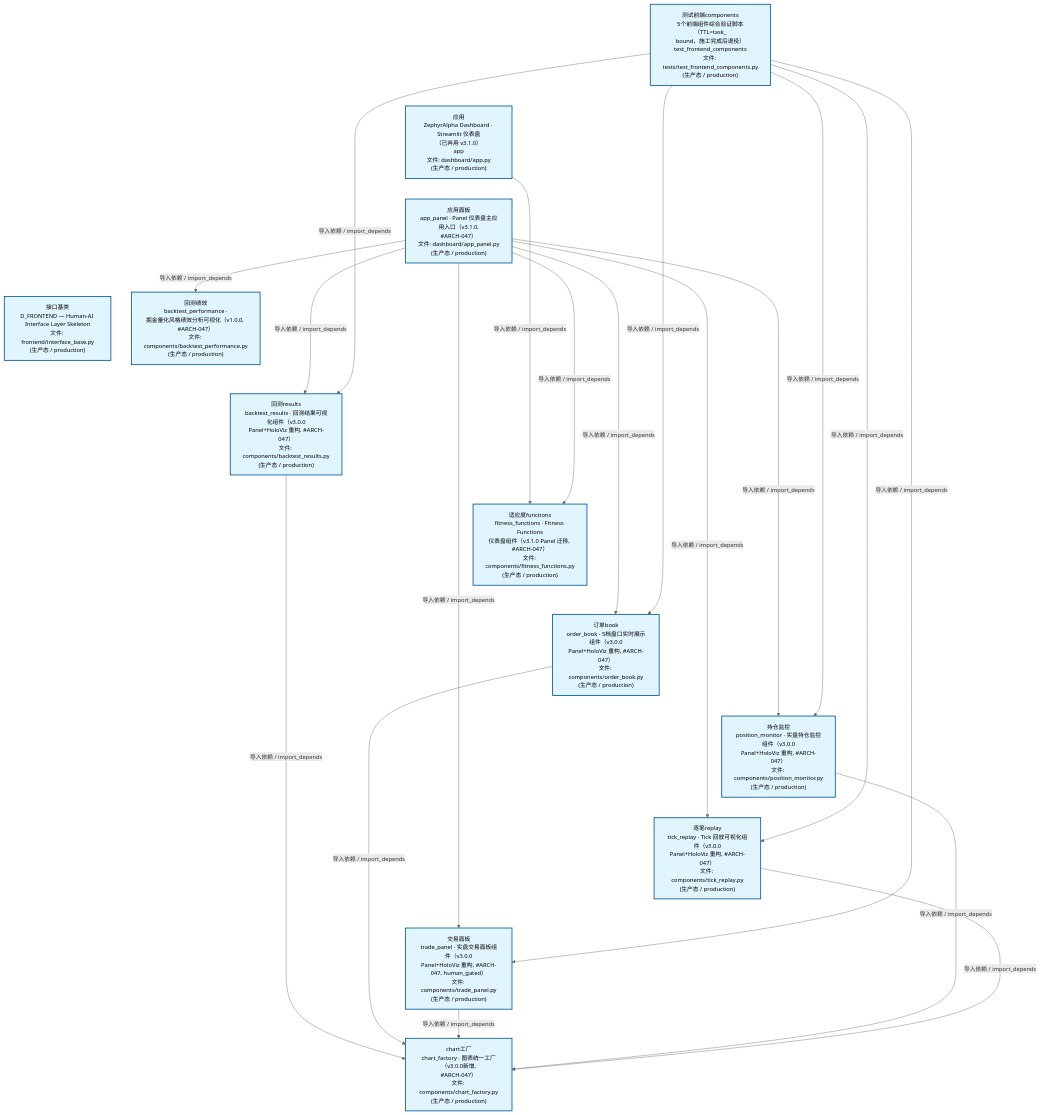
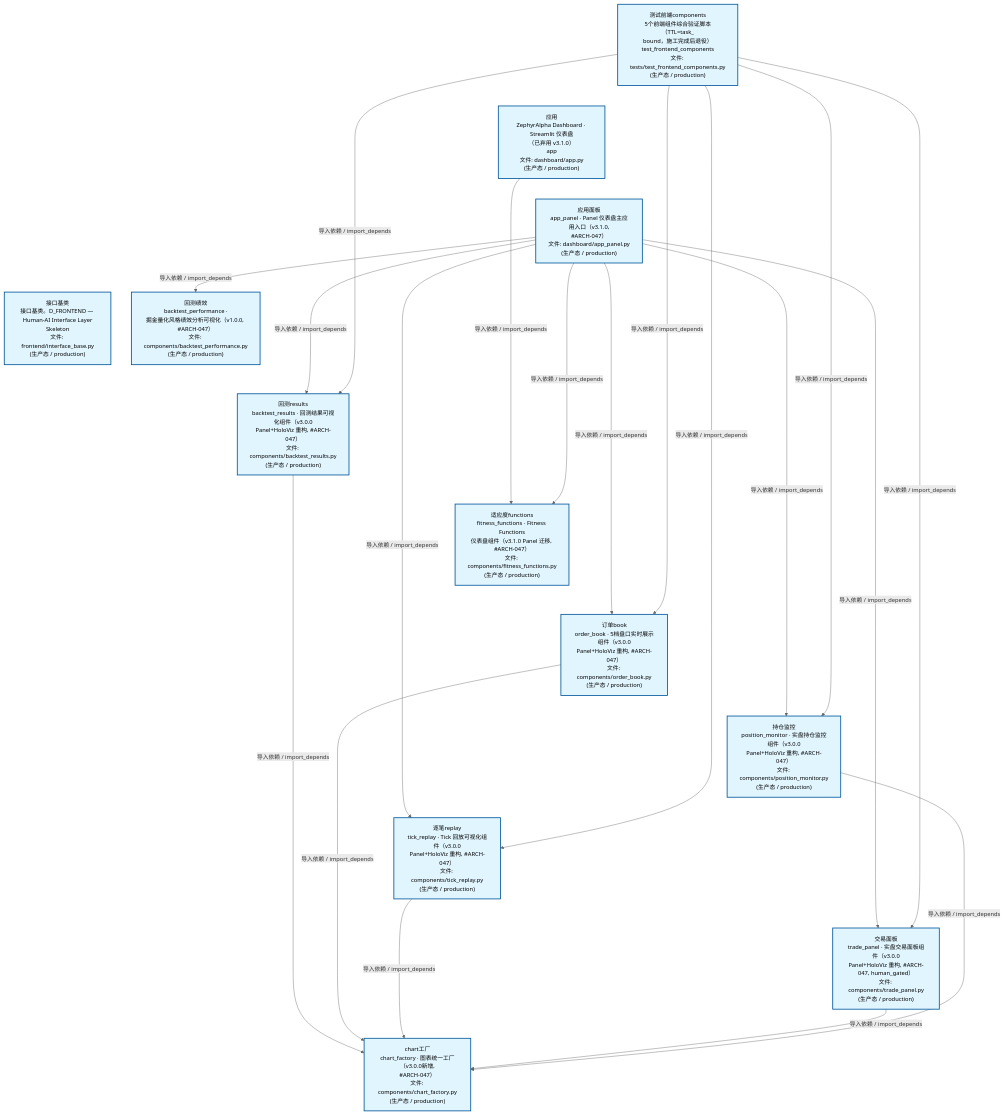
Before and after one commit to xuanFelixVan/ZephyrAlpha: the second of 4 diagrams in docs/02_enterprise_architecture/02_domain_architecture_docs/47_d_frontend.md, drawn with Mermaid. The commit also changed other lines of this file and 63 other files, not shown here.

````diff
--- a/docs/02_enterprise_architecture/02_domain_architecture_docs/47_d_frontend.md
+++ b/docs/02_enterprise_architecture/02_domain_architecture_docs/47_d_frontend.md
@@ -124,48 +124,48 @@
 ```mermaid
 %%{init: {'theme': 'base', 'themeVariables': {'primaryColor': '#eaeaea', 'primaryTextColor': '#333333', 'primaryBorderColor': '#666666', 'lineColor': '#666666', 'secondaryColor': '#eaeaea', 'tertiaryColor': '#eaeaea', 'fontSize': '14px'}}}%%
 flowchart TD
     scripts_tests_test_frontend_components_py["测试前端components<br/>5个前端组件综合验证脚本（TTL=task_<br/>bound，施工完成后退役）<br/>test_frontend_components<br/>文件: tests/test_frontend_components.py<br/>(生产态 / production)"]
     src_zephyr_frontend_dashboard_app_py["应用<br/>ZephyrAlpha Dashboard · Streamlit 仪表盘<br/>（已弃用 v3.1.0）<br/>app<br/>文件: dashboard/app.py<br/>(生产态 / production)"]
     src_zephyr_frontend_dashboard_app_panel_py["应用面板<br/>app_panel · Panel 仪表盘主应用入口（v3.1.0,<br/>#ARCH-047）<br/>文件: dashboard/app_panel.py<br/>(生产态 / production)"]
-    src_zephyr_frontend_interface_base_py["接口基类<br/>D_FRONTEND — Human-AI Interface Layer Skeleton<br/>文件: frontend/interface_base.py<br/>(生产态 / production)"]
+    src_zephyr_frontend_interface_base_py["接口基类<br/>接口基类。D_FRONTEND — Human-AI Interface Layer<br/>Skeleton<br/>文件: frontend/interface_base.py<br/>(生产态 / production)"]
     scripts_tests_test_frontend_components_py ~~~ src_zephyr_frontend_dashboard_app_py
     src_zephyr_frontend_dashboard_app_py ~~~ src_zephyr_frontend_dashboard_app_panel_py
     src_zephyr_frontend_dashboard_app_panel_py ~~~ src_zephyr_frontend_interface_base_py
     src_zephyr_frontend_dashboard_components_backtest_performance_py["回测绩效<br/>backtest_performance ·<br/>掘金量化风格绩效分析可视化（v1.0.0, #ARCH-047）<br/>文件: components/backtest_performance.py<br/>(生产态 / production)"]
     src_zephyr_frontend_dashboard_components_backtest_results_py["回测results<br/>backtest_results · 回测结果可视化组件（v3.0.0<br/>Panel+HoloViz 重构, #ARCH-047）<br/>文件: components/backtest_results.py<br/>(生产态 / production)"]
     src_zephyr_frontend_dashboard_components_fitness_functions_py["适应度functions<br/>fitness_functions · Fitness Functions<br/>仪表盘组件（v3.1.0 Panel 迁移, #ARCH-047）<br/>文件: components/fitness_functions.py<br/>(生产态 / production)"]
     src_zephyr_frontend_dashboard_components_order_book_py["订单book<br/>order_book · 5档盘口实时展示组件（v3.0.0<br/>Panel+HoloViz 重构, #ARCH-047）<br/>文件: components/order_book.py<br/>(生产态 / production)"]
     src_zephyr_frontend_dashboard_components_position_monitor_py["持仓监控<br/>position_monitor · 实盘持仓监控组件（v3.0.0<br/>Panel+HoloViz 重构, #ARCH-047）<br/>文件: components/position_monitor.py<br/>(生产态 / production)"]
     src_zephyr_frontend_dashboard_components_tick_replay_py["逐笔replay<br/>tick_replay · Tick 回放可视化组件（v3.0.0<br/>Panel+HoloViz 重构, #ARCH-047）<br/>文件: components/tick_replay.py<br/>(生产态 / production)"]
     src_zephyr_frontend_dashboard_components_trade_panel_py["交易面板<br/>trade_panel · 实盘交易面板组件（v3.0.0<br/>Panel+HoloViz 重构, #ARCH-047, human_gated）<br/>文件: components/trade_panel.py<br/>(生产态 / production)"]
     src_zephyr_frontend_dashboard_components_backtest_performance_py ~~~ src_zephyr_frontend_dashboard_components_backtest_results_py
     src_zephyr_frontend_dashboard_components_backtest_results_py ~~~ src_zephyr_frontend_dashboard_components_fitness_functions_py
     src_zephyr_frontend_dashboard_components_fitness_functions_py ~~~ src_zephyr_frontend_dashboard_components_order_book_py
     src_zephyr_frontend_dashboard_components_order_book_py ~~~ src_zephyr_frontend_dashboard_components_position_monitor_py
     src_zephyr_frontend_dashboard_components_position_monitor_py ~~~ src_zephyr_frontend_dashboard_components_tick_replay_py
     src_zephyr_frontend_dashboard_components_tick_replay_py ~~~ src_zephyr_frontend_dashboard_components_trade_panel_py
     src_zephyr_frontend_dashboard_components_chart_factory_py["chart工厂<br/>chart_factory · 图表统一工厂（v3.0.0新增,<br/>#ARCH-047）<br/>文件: components/chart_factory.py<br/>(生产态 / production)"]
     src_zephyr_frontend_dashboard_app_py -->|导入依赖 / import_depends| src_zephyr_frontend_dashboard_components_fitness_functions_py
+    src_zephyr_frontend_dashboard_app_panel_py -->|导入依赖 / import_depends| src_zephyr_frontend_dashboard_components_backtest_performance_py
     src_zephyr_frontend_dashboard_app_panel_py -->|导入依赖 / import_depends| src_zephyr_frontend_dashboard_components_backtest_results_py
-    src_zephyr_frontend_dashboard_app_panel_py -->|导入依赖 / import_depends| src_zephyr_frontend_dashboard_components_backtest_performance_py
     src_zephyr_frontend_dashboard_app_panel_py -->|导入依赖 / import_depends| src_zephyr_frontend_dashboard_components_fitness_functions_py
     src_zephyr_frontend_dashboard_app_panel_py -->|导入依赖 / import_depends| src_zephyr_frontend_dashboard_components_order_book_py
+    src_zephyr_frontend_dashboard_app_panel_py -->|导入依赖 / import_depends| src_zephyr_frontend_dashboard_components_tick_replay_py
     src_zephyr_frontend_dashboard_app_panel_py -->|导入依赖 / import_depends| src_zephyr_frontend_dashboard_components_trade_panel_py
     src_zephyr_frontend_dashboard_app_panel_py -->|导入依赖 / import_depends| src_zephyr_frontend_dashboard_components_position_monitor_py
-    src_zephyr_frontend_dashboard_app_panel_py -->|导入依赖 / import_depends| src_zephyr_frontend_dashboard_components_tick_replay_py
     src_zephyr_frontend_dashboard_components_backtest_results_py -->|导入依赖 / import_depends| src_zephyr_frontend_dashboard_components_chart_factory_py
     src_zephyr_frontend_dashboard_components_order_book_py -->|导入依赖 / import_depends| src_zephyr_frontend_dashboard_components_chart_factory_py
+    src_zephyr_frontend_dashboard_components_tick_replay_py -->|导入依赖 / import_depends| src_zephyr_frontend_dashboard_components_chart_factory_py
     src_zephyr_frontend_dashboard_components_trade_panel_py -->|导入依赖 / import_depends| src_zephyr_frontend_dashboard_components_chart_factory_py
     src_zephyr_frontend_dashboard_components_position_monitor_py -->|导入依赖 / import_depends| src_zephyr_frontend_dashboard_components_chart_factory_py
-    src_zephyr_frontend_dashboard_components_tick_replay_py -->|导入依赖 / import_depends| src_zephyr_frontend_dashboard_components_chart_factory_py
     scripts_tests_test_frontend_components_py -->|导入依赖 / import_depends| src_zephyr_frontend_dashboard_components_backtest_results_py
     scripts_tests_test_frontend_components_py -->|导入依赖 / import_depends| src_zephyr_frontend_dashboard_components_order_book_py
+    scripts_tests_test_frontend_components_py -->|导入依赖 / import_depends| src_zephyr_frontend_dashboard_components_tick_replay_py
     scripts_tests_test_frontend_components_py -->|导入依赖 / import_depends| src_zephyr_frontend_dashboard_components_trade_panel_py
     scripts_tests_test_frontend_components_py -->|导入依赖 / import_depends| src_zephyr_frontend_dashboard_components_position_monitor_py
-    scripts_tests_test_frontend_components_py -->|导入依赖 / import_depends| src_zephyr_frontend_dashboard_components_tick_replay_py
     classDef production fill:#e1f5fe,stroke:#01579b,stroke-width:2px,color:#000
     classDef design fill:#fff3e0,stroke:#e65100,stroke-width:2px,color:#000,stroke-dasharray: 5 5
     classDef external_prod fill:#e8f4fd,stroke:#0277bd,stroke-width:1px,color:#000
     classDef external_design fill:#fff8e7,stroke:#ef6c00,stroke-width:1px,color:#000,stroke-dasharray: 5 5
     class scripts_tests_test_frontend_components_py,src_zephyr_frontend_dashboard_app_py,src_zephyr_frontend_dashboard_app_panel_py,src_zephyr_frontend_dashboard_components_backtest_performance_py,src_zephyr_frontend_dashboard_components_backtest_results_py,src_zephyr_frontend_dashboard_components_chart_factory_py,src_zephyr_frontend_dashboard_components_fitness_functions_py,src_zephyr_frontend_dashboard_components_order_book_py,src_zephyr_frontend_dashboard_components_position_monitor_py,src_zephyr_frontend_dashboard_components_tick_replay_py,src_zephyr_frontend_dashboard_components_trade_panel_py,src_zephyr_frontend_interface_base_py production
 ```
````
